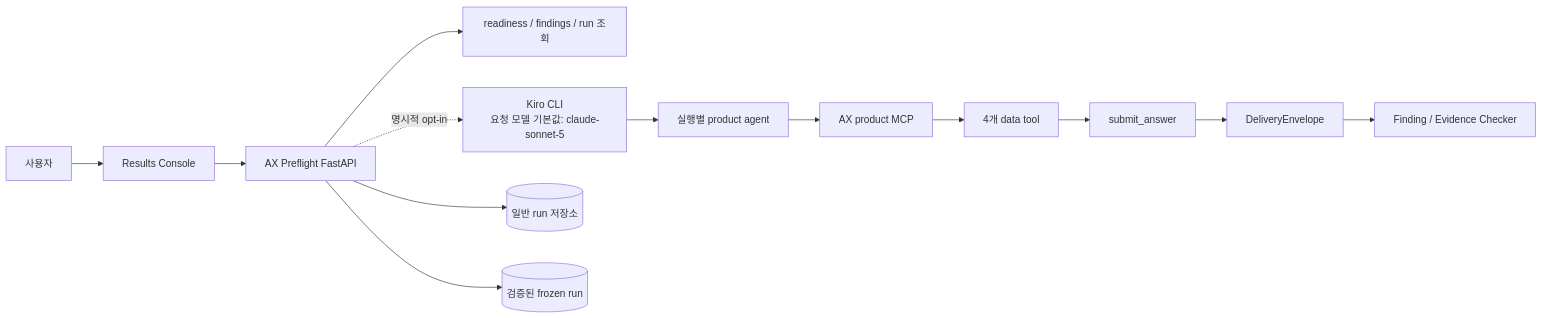
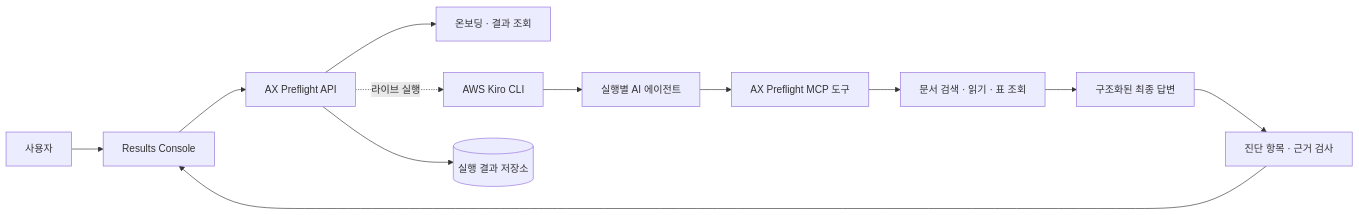
Before and after one commit to syjni/ax-preflight-source: the diagram in README.md, drawn with Mermaid. The commit also changed other lines of this file and 1 other file, not shown here.

````diff
--- a/README.md
+++ b/README.md
@@ -187,11 +53,13 @@
 ```mermaid
 flowchart LR
-    U["사용자"] --> C["Results Console"] --> A["AX Preflight FastAPI"]
-    A --> Q["readiness / findings / run 조회"]
-    A -. "명시적 opt-in" .-> K["Kiro CLI<br/>요청 모델 기본값: claude-sonnet-5"]
-    K --> P["실행별 product agent"] --> M["AX product MCP"]
-    M --> D["4개 data tool"] --> S["submit_answer"]
-    S --> E["DeliveryEnvelope"] --> F["Finding / Evidence Checker"]
-    A --> R[("일반 run 저장소")]
-    A --> Z[("검증된 frozen run")]
+    U["사용자"] --> C["Results Console"] --> A["AX Preflight API"]
+    A --> P["온보딩 · 결과 조회"]
+    A -. "라이브 실행" .-> K["AWS Kiro CLI"]
+    K --> G["실행별 AI 에이전트"]
+    G --> M["AX Preflight MCP 도구"]
+    M --> D["문서 검색 · 읽기 · 표 조회"]
+    D --> S["구조화된 최종 답변"]
+    S --> E["진단 항목 · 근거 검사"]
+    E --> C
+    A --> R[("실행 결과 저장소")]
 ```
````
